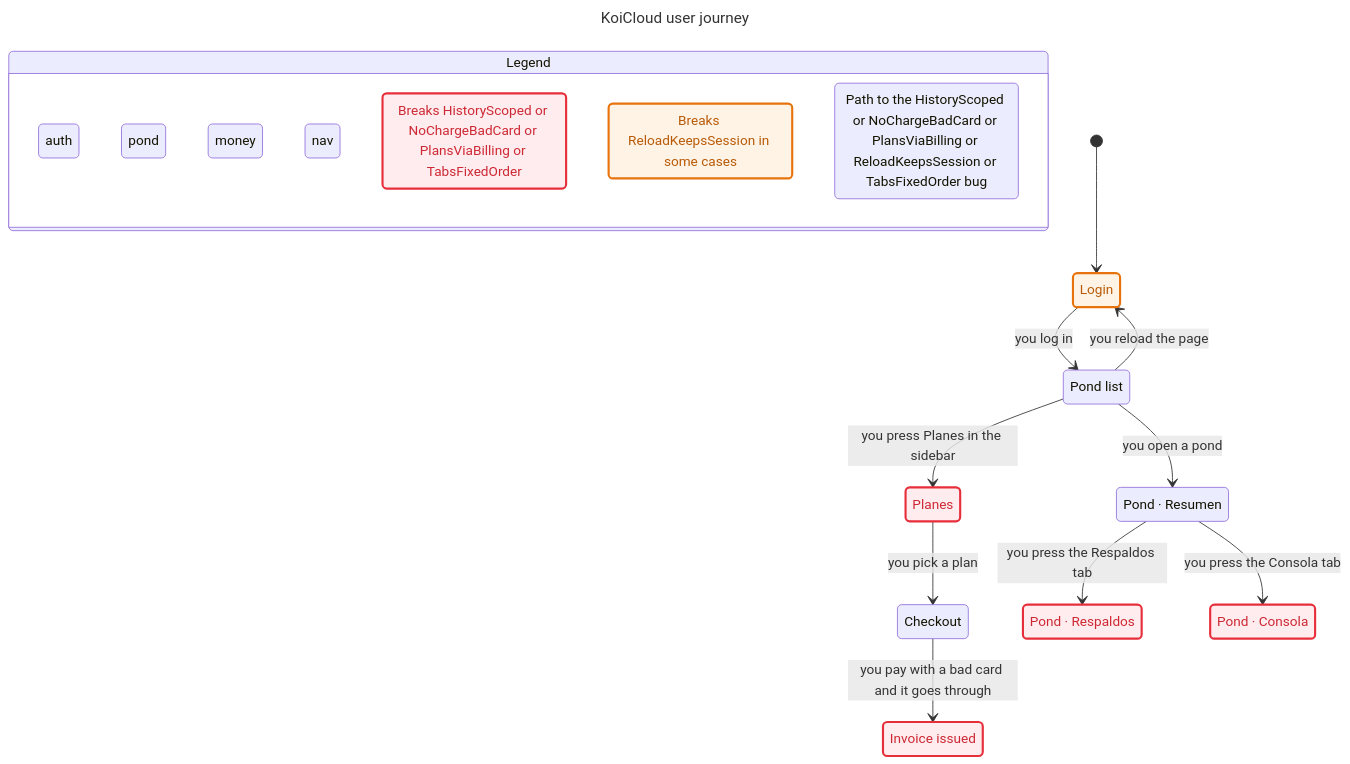
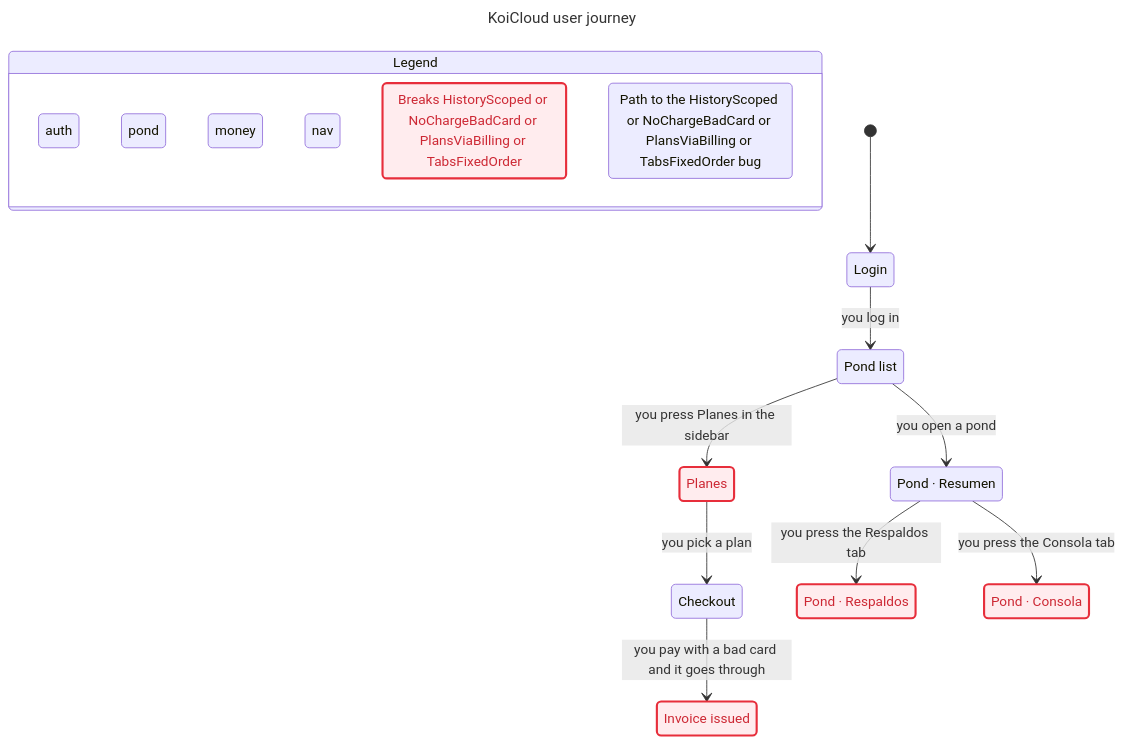
One commit to carloshugoeg/koicloud changed the third of 3 diagrams in docs/statechart/ponds.md. Above: the diagram before and after it, drawn with Mermaid. The commit also changed other lines of this file and 32 other files, not shown here.

````diff
--- a/docs/statechart/ponds.md
+++ b/docs/statechart/ponds.md
@@ -149,62 +149,58 @@
 ```mermaid
 ---
 title: "KoiCloud user journey"
 ---
 stateDiagram-v2
   state "Legend" as legend {
     lg0: auth
     lg1: pond
     lg2: money
     lg3: nav
     lg4: Breaks HistoryScoped or NoChargeBadCard or PlansViaBilling or TabsFixedOrder
-    lg5: Breaks ReloadKeepsSession in some cases
-    lg6: Path to the HistoryScoped or NoChargeBadCard or PlansViaBilling or ReloadKeepsSession or TabsFixedOrder bug
+    lg6: Path to the HistoryScoped or NoChargeBadCard or PlansViaBilling or TabsFixedOrder bug
   }
   class lg0 pink
   class lg1 teal
   class lg2 yellow
   class lg3 blue
   class lg4 breaks
-  class lg5 mayBreak
   class lg6 bugPath
   s0: Login
   s1: Pond list
   s2: Planes
   s3: Pond #183; Resumen
   s4: Checkout
   s5: Pond #183; Respaldos
   s6: Pond #183; Consola
   s7: Invoice issued
   [*] --> s0
   s0 --> s1: you log in
   s1 --> s2: you press Planes in the sidebar
   s1 --> s3: you open a pond
-  s1 --> s0: you reload the page
   s2 --> s4: you pick a plan
   s3 --> s5: you press the Respaldos tab
   s3 --> s6: you press the Consola tab
   s4 --> s7: you pay with a bad card and it goes through
   classDef breaks fill:#ffecee,stroke:#e72e3b,stroke-width:2.5px,color:#cd2834
   classDef mayBreak fill:#fff3e6,stroke:#e8730c,stroke-width:2.5px,color:#b85a06
   class s0 pink
-  class s0 mayBreak
   class s0 bugPath
   class s1 blue
   class s1 bugPath
   class s2 yellow
   class s2 breaks
   class s2 bugPath
   class s3 teal
   class s3 bugPath
   class s4 yellow
   class s4 bugPath
   class s5 teal
   class s5 breaks
   class s5 bugPath
   class s6 teal
   class s6 breaks
   class s6 bugPath
   class s7 yellow
   class s7 breaks
   class s7 bugPath
 ```
````
